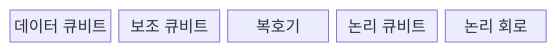
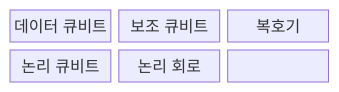
Before and after one commit to agnusdei1207/knowledge-base: the first of 2 diagrams in src/content/docs/notes/02-hardware/075_logical_vs_physical_qubit.md, drawn with Mermaid. The commit also changed other lines of this file and 86 other files, not shown here.

````diff
--- a/src/content/docs/notes/02-hardware/075_logical_vs_physical_qubit.md
+++ b/src/content/docs/notes/02-hardware/075_logical_vs_physical_qubit.md
@@ -60,9 +60,11 @@
 ```mermaid
-block
-  columns 5
+block-beta
+  columns 3
   A["데이터 큐비트"]
   B["보조 큐비트"]
   C["복호기"]
   D["논리 큐비트"]
   E["논리 회로"]
+  A --- B --- C
+  C --- D --- E
 ```
````
